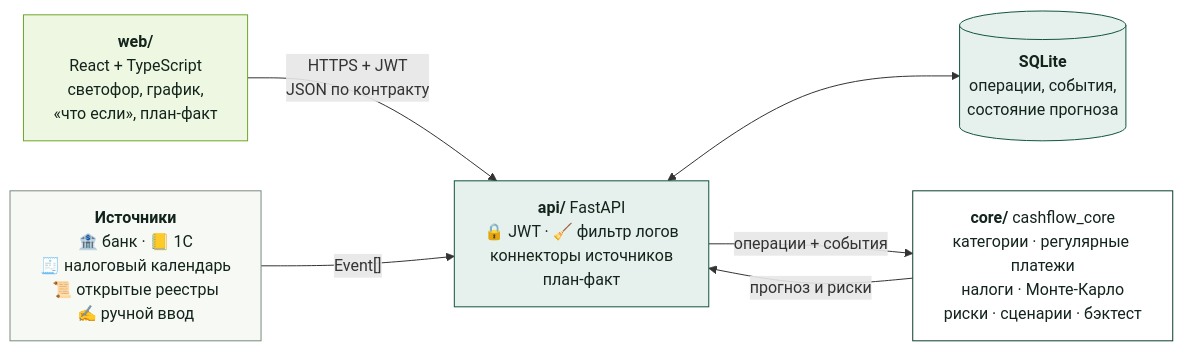
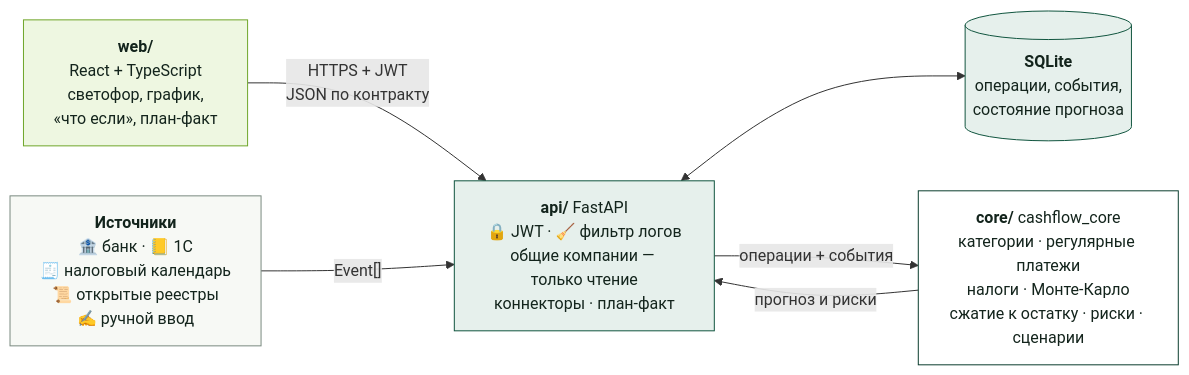
One commit to VaDex-web/cashflow changed the diagram in docs/architecture_slide.mmd. Above: the diagram before and after it, drawn with Mermaid. The commit also changed 26 other files, not shown here.

```diff
--- a/docs/architecture_slide.mmd
+++ b/docs/architecture_slide.mmd
@@ -1,21 +1,21 @@
 flowchart LR
   src["<b>Источники</b><br/>🏦 банк · 📒 1С<br/>🧾 налоговый календарь<br/>📜 открытые реестры<br/>✍️ ручной ввод"]
   web["<b>web/</b><br/>React + TypeScript<br/>светофор, график,<br/>«что если», план-факт"]
-  api["<b>api/</b> FastAPI<br/>🔒 JWT · 🧹 фильтр логов<br/>коннекторы источников<br/>план-факт"]
+  api["<b>api/</b> FastAPI<br/>🔒 JWT · 🧹 фильтр логов<br/>общие компании — только чтение<br/>коннекторы · план-факт"]
   db[("<b>SQLite</b><br/>операции, события,<br/>состояние прогноза")]
-  core["<b>core/</b> cashflow_core<br/>категории · регулярные платежи<br/>налоги · Монте-Карло<br/>риски · сценарии · бэктест"]
+  core["<b>core/</b> cashflow_core<br/>категории · регулярные платежи<br/>налоги · Монте-Карло<br/>сжатие к остатку · риски · сценарии"]
 
   web -- "HTTPS + JWT<br/>JSON по контракту" --> api
   src -- "Event[]" --> api
   api <--> db
   api -- "операции + события" --> core
   core -- "прогноз и риски" --> api
 
   classDef w fill:#eef7e1,stroke:#6fa62a,color:#13241c
   classDef a fill:#e6f0ec,stroke:#11553f,color:#13241c
   classDef c fill:#ffffff,stroke:#0b3d2e,color:#13241c
   classDef s fill:#f7f9f5,stroke:#7a8a80,color:#13241c
   class web w
   class api,db a
   class core c
   class src s
```
